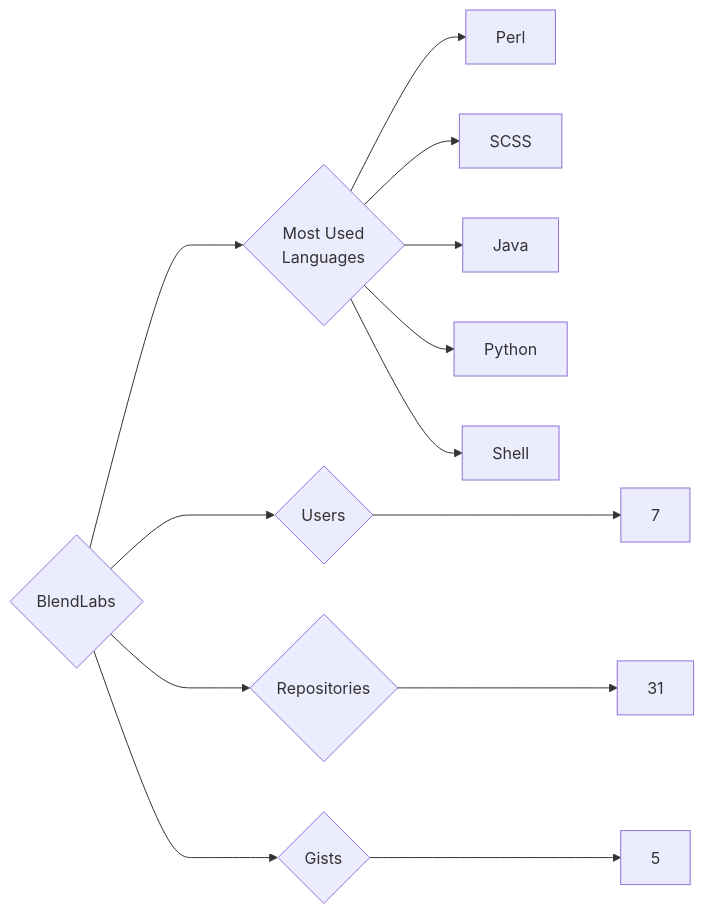
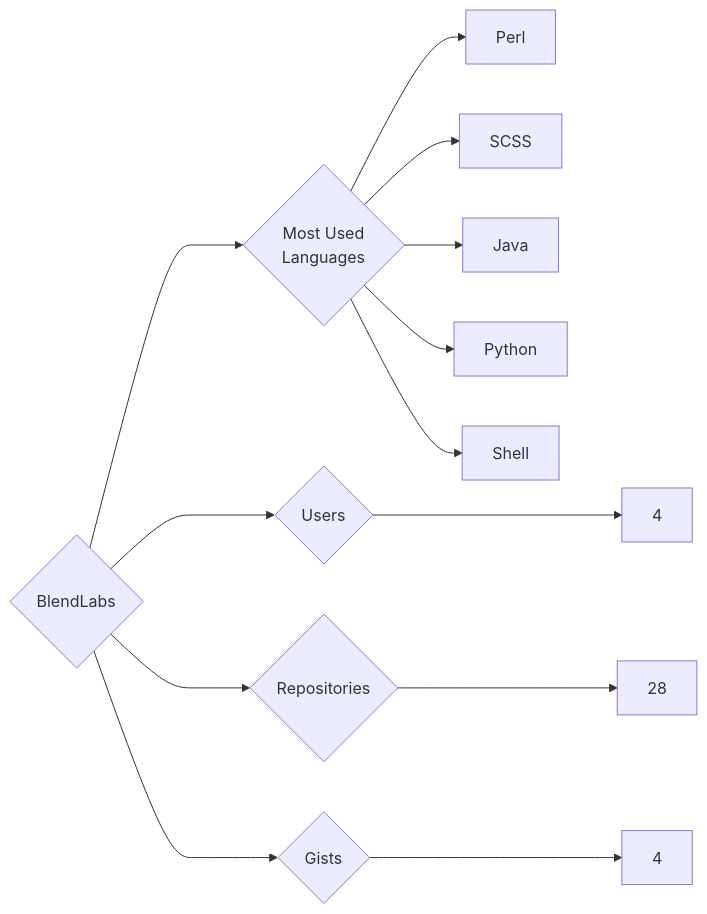
The diagram in targets/BlendLabs/README.md (trickest/insiders), drawn with Mermaid before and after one commit. The commit also changed 1007 other files, not shown here.

````diff
--- a/targets/BlendLabs/README.md
+++ b/targets/BlendLabs/README.md
@@ -3,13 +3,13 @@
 ```mermaid
 graph LR
 COMPANY_NAME{BlendLabs}
-COMPANY_NAME ---> U{Users} ---> UN[7]
-COMPANY_NAME ---> R{Repositories} ---> RN[31]
-COMPANY_NAME ---> G{Gists} ---> GN[5]
+COMPANY_NAME ---> U{Users} ---> UN[4]
+COMPANY_NAME ---> R{Repositories} ---> RN[28]
+COMPANY_NAME ---> G{Gists} ---> GN[4]
 COMPANY_NAME ---> ML{Most Used<br>Languages}
 ML --> Perl[Perl]
 ML --> SCSS[SCSS]
 ML --> Java[Java]
 ML --> Python[Python]
 ML --> Shell[Shell]
 ```
````
